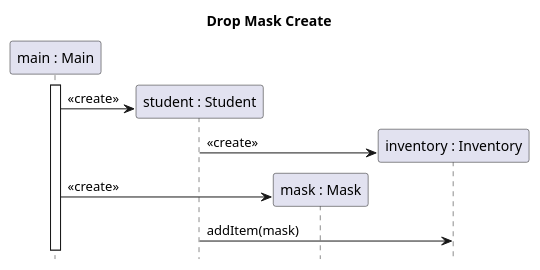
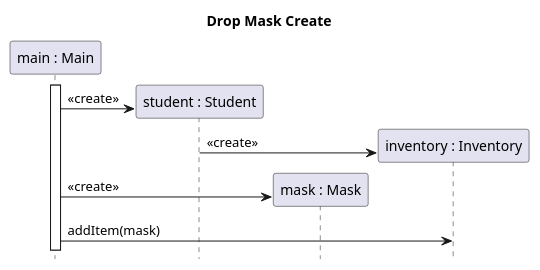
The diagram in docs/diagrams/test-create-sequence/student_drop_mask_create.puml (sn4k3ch4rm3r/logarlec), drawn with PlantUML before and after one commit. The commit also changed 9 other files, not shown here.

Commit message:
Modified sequence diagrams

```diff
--- a/docs/diagrams/test-create-sequence/student_drop_mask_create.puml
+++ b/docs/diagrams/test-create-sequence/student_drop_mask_create.puml
@@ -1,21 +1,21 @@
 @startuml student_slide_create
 
 title Drop Mask Create
 hide footbox
 
 participant "main : Main" as main
 participant "student : Student" as stu
 participant "mask : Mask" as mask
 participant "inventory : Inventory" as inv
 
 main++
 create stu
 main-> stu  : <<create>>
 create inv
 stu -> inv : <<create>>
 create mask
 main -> mask : <<create>>
-stu -> inv : addItem(mask)
+main -> inv : addItem(mask)
 
 
 @enduml
```
